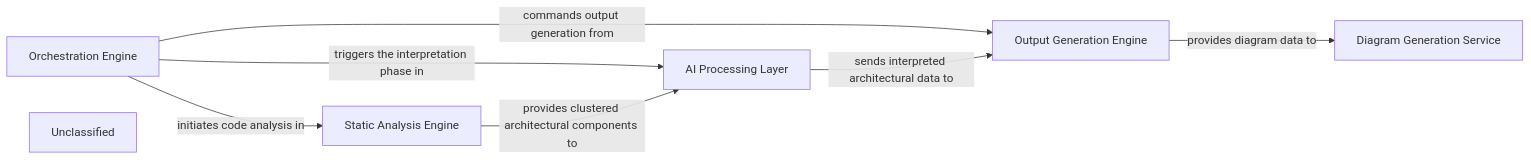
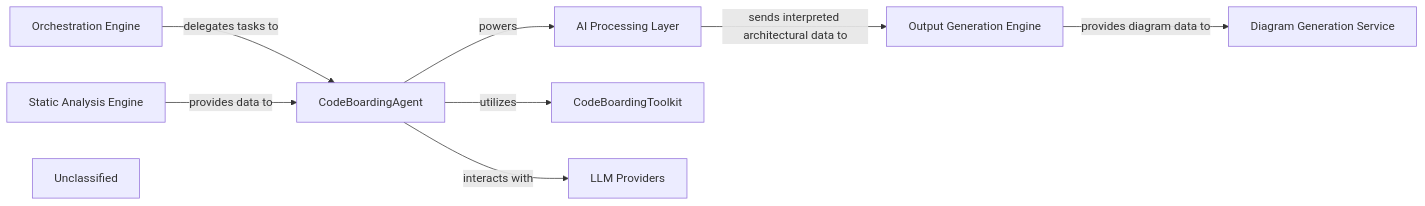
The diagram in .codeboarding/overview.md (CodeBoarding/CodeBoarding), drawn with Mermaid before and after one commit. The commit also changed other lines of this file and 17 other files, not shown here.

First line of the commit message:
docs: update codeboarding documentation and generate architecture

````diff
--- a/.codeboarding/overview.md
+++ b/.codeboarding/overview.md
@@ -1,20 +1,27 @@
 ```mermaid
 graph LR
     Orchestration_Engine["Orchestration Engine"]
     Static_Analysis_Engine["Static Analysis Engine"]
     AI_Processing_Layer["AI Processing Layer"]
     Output_Generation_Engine["Output Generation Engine"]
     Diagram_Generation_Service["Diagram Generation Service"]
+    CodeBoardingAgent["CodeBoardingAgent"]
+    CodeBoardingToolkit["CodeBoardingToolkit"]
+    LLM_Providers["LLM Providers"]
     Unclassified["Unclassified"]
-    Orchestration_Engine -- "initiates code analysis in" --> Static_Analysis_Engine
-    Orchestration_Engine -- "triggers the interpretation phase in" --> AI_Processing_Layer
-    Orchestration_Engine -- "commands output generation from" --> Output_Generation_Engine
-    Static_Analysis_Engine -- "provides clustered architectural components to" --> AI_Processing_Layer
+    Unclassified["Unclassified"]
+    Orchestration_Engine -- "delegates tasks to" --> CodeBoardingAgent
+    CodeBoardingAgent -- "utilizes" --> CodeBoardingToolkit
+    CodeBoardingAgent -- "interacts with" --> LLM_Providers
+    Static_Analysis_Engine -- "provides data to" --> CodeBoardingAgent
+    CodeBoardingAgent -- "powers" --> AI_Processing_Layer
     AI_Processing_Layer -- "sends interpreted architectural data to" --> Output_Generation_Engine
     Output_Generation_Engine -- "provides diagram data to" --> Diagram_Generation_Service
     click Orchestration_Engine href "https://github.com/CodeBoarding/CodeBoarding/blob/main/.codeboarding/Orchestration_Engine.md" "Details"
     click Static_Analysis_Engine href "https://github.com/CodeBoarding/CodeBoarding/blob/main/.codeboarding/Static_Analysis_Engine.md" "Details"
     click AI_Processing_Layer href "https://github.com/CodeBoarding/CodeBoarding/blob/main/.codeboarding/AI_Processing_Layer.md" "Details"
     click Output_Generation_Engine href "https://github.com/CodeBoarding/CodeBoarding/blob/main/.codeboarding/Output_Generation_Engine.md" "Details"
     click Diagram_Generation_Service href "https://github.com/CodeBoarding/CodeBoarding/blob/main/.codeboarding/Diagram_Generation_Service.md" "Details"
+    click CodeBoardingAgent href "https://github.com/CodeBoarding/CodeBoarding/blob/main/.codeboarding/CodeBoardingAgent.md" "Details"
+    click CodeBoardingToolkit href "https://github.com/CodeBoarding/CodeBoarding/blob/main/.codeboarding/CodeBoardingToolkit.md" "Details"
 ```
````
